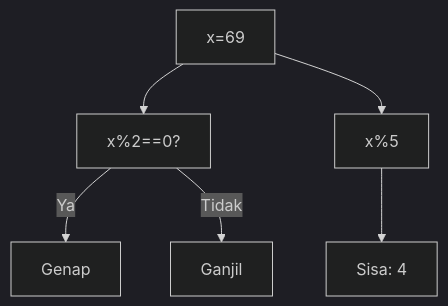
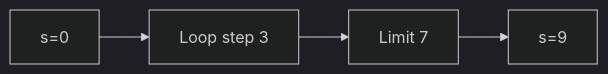
Before and after one commit to amnahwaida/OSNK_INF_PREP: diagram 15 of 25 in part-c-pemahaman-cpp/03-perulangan/latihan/set-10.md, drawn with Mermaid (dark theme). The commit also changed other lines of this file and 71 other files, not shown here.

````diff
--- a/part-c-pemahaman-cpp/03-perulangan/latihan/set-10.md
+++ b/part-c-pemahaman-cpp/03-perulangan/latihan/set-10.md
@@ -487,8 +399,6 @@
 ```mermaid
-graph TD
-A["x=69"] --> B["x%2==0?"]
-B -- Ya --> C["Genap"]
-B -- Tidak --> D["Ganjil"]
-A --> E["x%5"]
-E --> F["Sisa: 4"]
+graph LR
+A["s=0"] --> B["Loop step 3"]
+B --> C["Limit 7"]
+C --> D["s=9"]
 ```
````
